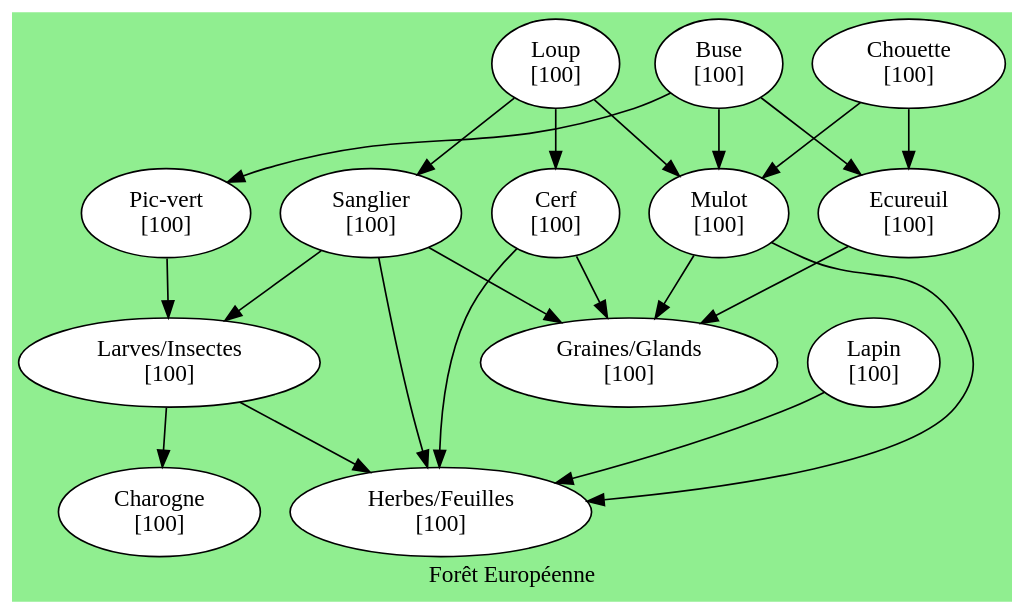
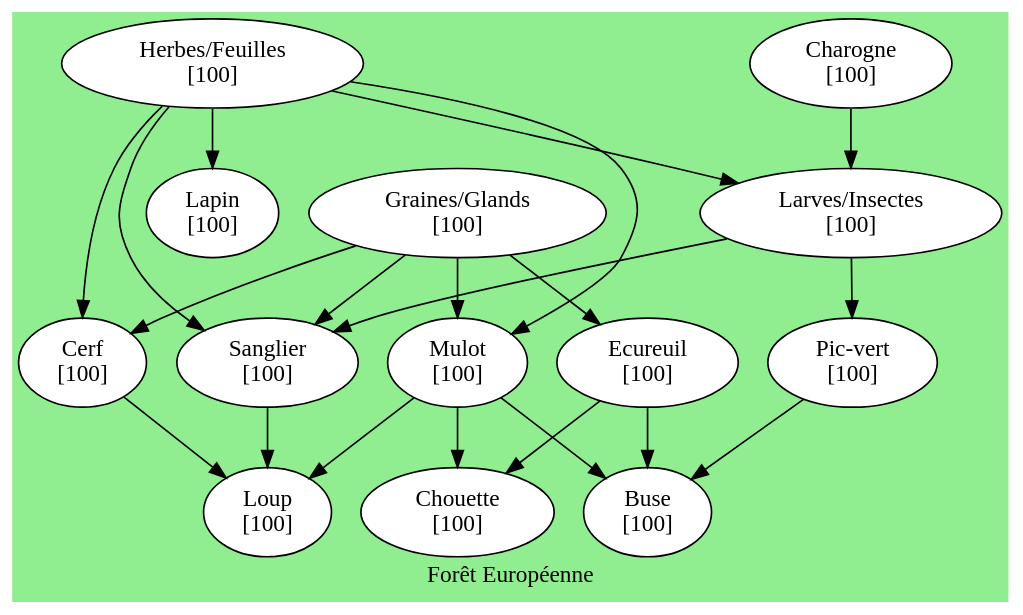
The diagram in GrapheDOT/foret_europeenne.dot (GTHBgaby/4H-ReseauxTrophiques), drawn with Graphviz before and after one commit. The commit also changed 2 other files, not shown here.

Commit message:
correction du sens des 3 graphs

```diff
--- a/GrapheDOT/foret_europeenne.dot
+++ b/GrapheDOT/foret_europeenne.dot
@@ -1,66 +1,66 @@
 digraph foret_europ {
     rankdir=TB;
     compound=true;
     newrank=true;
 
     label = "Forêt Européenne";
     bgcolor = "lightgreen";
     node [shape=ellipse, style=filled, fillcolor=white];
 
     "Ecureuil" [label="Ecureuil\n[100]"]
     "Graines/Glands" [label="Graines/Glands\n[100]"]
     "Mulot" [label="Mulot\n[100]"]
     "Cerf" [label="Cerf\n[100]"]
     "Sanglier" [label="Sanglier\n[100]"]
     "Larves/Insectes" [label="Larves/Insectes\n[100]"]
     "Herbes/Feuilles" [label="Herbes/Feuilles\n[100]"]
     "Lapin" [label="Lapin\n[100]"]
     "Charogne" [label="Charogne\n[100]"]
     "Pic-vert" [label="Pic-vert\n[100]"]
     "Chouette" [label="Chouette\n[100]"]
     "Buse" [label="Buse\n[100]"]
     "Loup" [label="Loup\n[100]"]
 
-    "Ecureuil" -> "Graines/Glands"
-    "Mulot" -> "Graines/Glands"
-    "Cerf" -> "Graines/Glands"
-    "Sanglier" -> "Graines/Glands"
+     "Graines/Glands"->"Ecureuil"
+     "Graines/Glands"->"Mulot"
+     "Graines/Glands"->"Cerf"
+     "Graines/Glands"->"Sanglier"
 
-    "Larves/Insectes" -> "Herbes/Feuilles"
-    "Lapin" -> "Herbes/Feuilles"
-    "Mulot" -> "Herbes/Feuilles"
-    "Cerf" -> "Herbes/Feuilles"
-    "Sanglier" -> "Herbes/Feuilles"
+     "Herbes/Feuilles"->"Larves/Insectes"
+     "Herbes/Feuilles"->"Lapin"
+     "Herbes/Feuilles"->"Mulot"
+     "Herbes/Feuilles"->"Cerf"
+     "Herbes/Feuilles"->"Sanglier"
 
-    "Larves/Insectes" -> "Charogne"
+     "Charogne"->"Larves/Insectes"
 
-    "Pic-vert" -> "Larves/Insectes"
-    "Sanglier" -> "Larves/Insectes"
+     "Larves/Insectes" -> "Pic-vert"
+     "Larves/Insectes"->"Sanglier"
 
-    "Chouette" -> "Ecureuil"
-    "Buse" -> "Ecureuil"
+     "Ecureuil"->"Chouette"
+     "Ecureuil"->"Buse"
 
-    "Chouette" -> "Mulot"
-    "Buse" -> "Mulot"
-    "Loup" -> "Mulot"
+    "Mulot"  ->"Chouette"
+    "Mulot"->"Buse"
+    "Mulot"->"Loup"
 
-    "Buse" -> "Pic-vert"
+     "Pic-vert" ->"Buse"
 
-    "Loup" -> "Cerf"
-    "Loup" -> "Sanglier"
+     "Cerf" ->"Loup"
+     "Sanglier"->"Loup"
 
-    // Force la disposition
+ // Force la disposition
     {rank=same; "Graines/Glands"}
     {rank=same; "Herbes/Feuilles"}
     {rank=same; "Charogne"}
     {rank=same; "Larves/Insectes"}
     {rank=same; "Lapin"}
     {rank=same; "Ecureuil"}
     {rank=same; "Mulot"}
     {rank=same; "Pic-vert"}
     {rank=same; "Cerf"}
     {rank=same; "Sanglier"}
     {rank=same; "Chouette"}
     {rank=same; "Buse"}
     {rank=same; "Loup"}
 }
```
